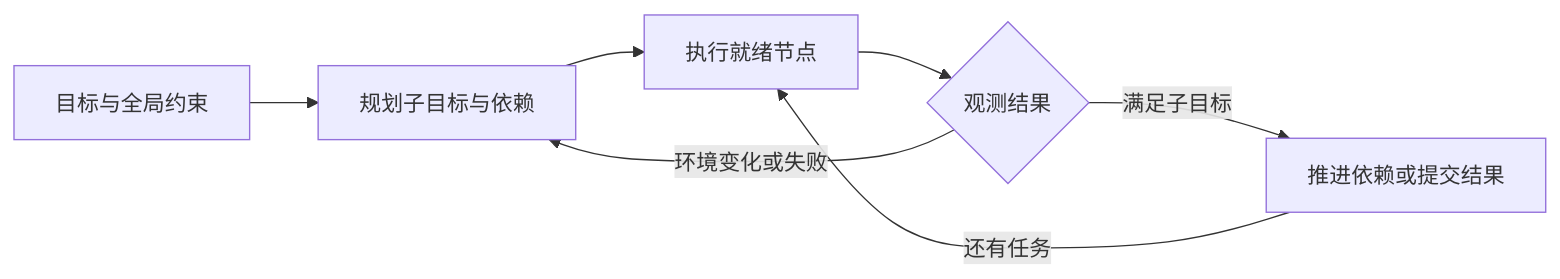
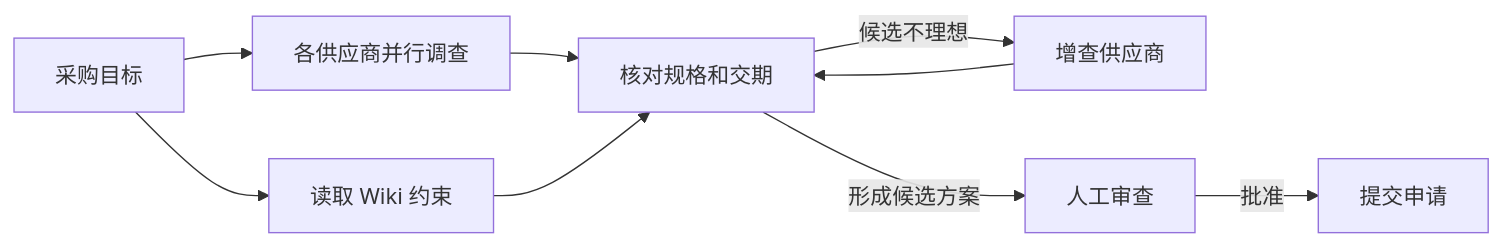
Before and after one commit to RoyceChase/cmu-ai-agents-study: the first of 2 diagrams in lessons/3a-planning-and-coordination/notes.md, drawn with Mermaid. The commit also changed other lines of this file and 14 other files, not shown here.

````diff
--- a/lessons/3a-planning-and-coordination/notes.md
+++ b/lessons/3a-planning-and-coordination/notes.md
@@ -201,9 +11,11 @@
 ```mermaid
 flowchart LR
-    G[目标与全局约束] --> P[规划子目标与依赖]
-    P --> E[执行就绪节点]
-    E --> V{观测结果}
-    V -->|环境变化或失败| P
-    V -->|满足子目标| N[推进依赖或提交结果]
-    N -->|还有任务| E
+    T[采购目标] --> V[各供应商并行调查]
+    T --> W[读取 Wiki 约束]
+    V --> C[核对规格和交期]
+    W --> C
+    C -->|候选不理想| E[增查供应商]
+    E --> C
+    C -->|形成候选方案| H[人工审查]
+    H -->|批准| S[提交申请]
 ```
````
